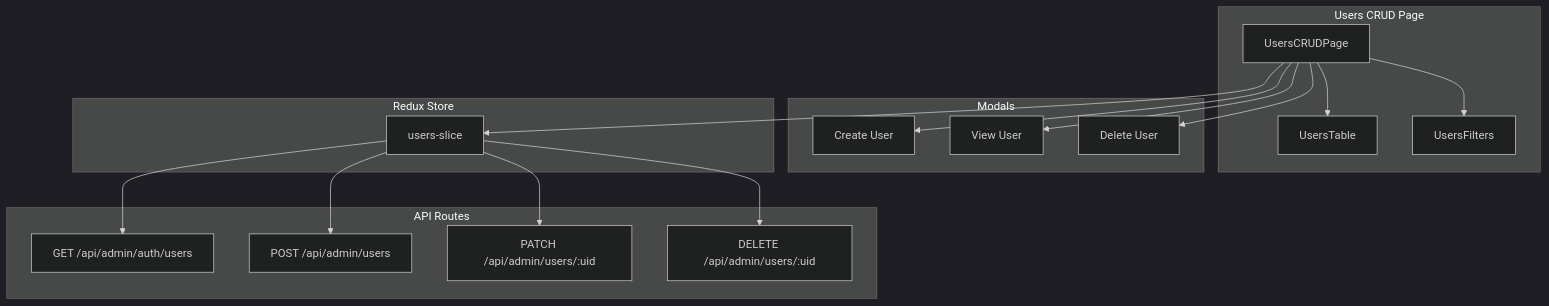
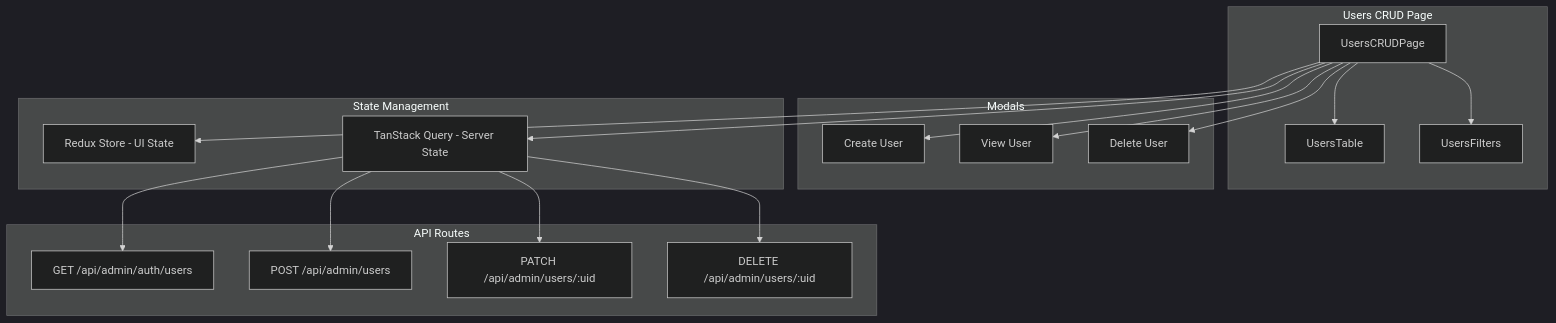
Before and after one commit to Arvss07/taravel-admin-docs-official: the diagram in docs/features/user-management.md, drawn with Mermaid (dark theme). The commit also changed other lines of this file and 16 other files, not shown here.

````diff
--- a/docs/features/user-management.md
+++ b/docs/features/user-management.md
@@ -51,37 +51,39 @@
 ```mermaid
 graph TB
     subgraph Page[Users CRUD Page]
         UP[UsersCRUDPage]
         UTable[UsersTable]
         UFilters[UsersFilters]
     end
 
     subgraph Modals[Modals]
         CreateM[Create User]
         ViewM[View User]
         DeleteM[Delete User]
     end
 
-    subgraph Store[Redux Store]
-        USlice[users-slice]
+    subgraph State[State Management]
+        Redux[Redux Store - UI State]
+        TQ[TanStack Query - Server State]
     end
 
     subgraph API[API Routes]
         UGET[GET /api/admin/auth/users]
         UPOST[POST /api/admin/users]
         UPATCH[PATCH /api/admin/users/:uid]
         UDEL[DELETE /api/admin/users/:uid]
     end
 
     UP --> UFilters
     UP --> UTable
     UP --> CreateM
     UP --> ViewM
     UP --> DeleteM
 
-    UP --> USlice
-    USlice --> UGET
-    USlice --> UPOST
-    USlice --> UPATCH
-    USlice --> UDEL
+    UP --> Redux
+    UP --> TQ
+    TQ --> UGET
+    TQ --> UPOST
+    TQ --> UPATCH
+    TQ --> UDEL
 ```
````
